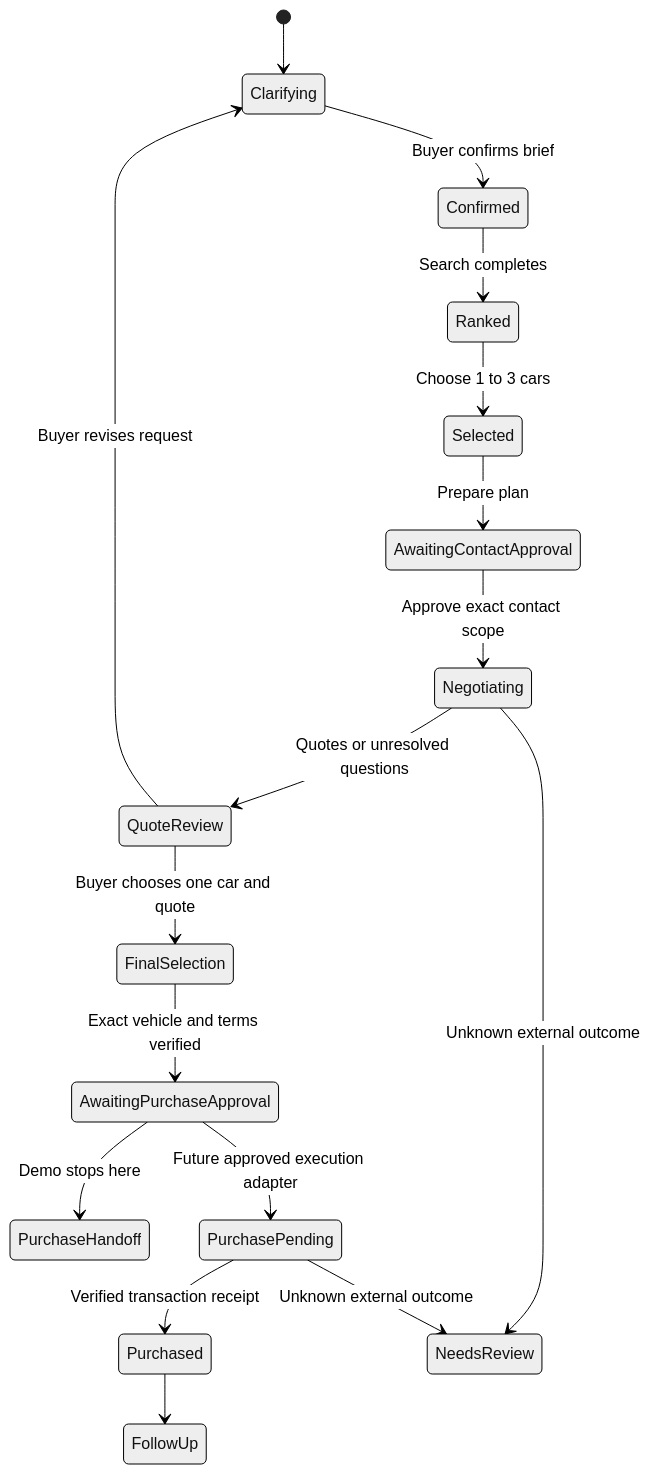
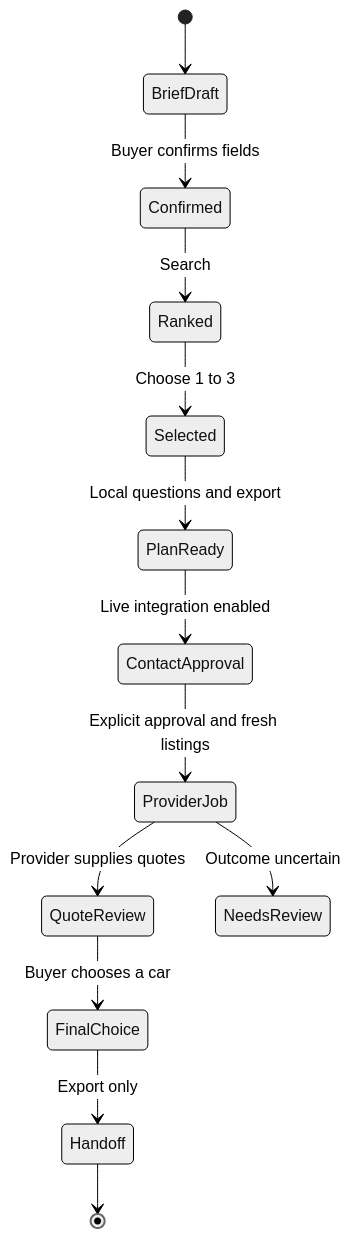
One commit to benikigai/JEVgotiator changed the second of 2 diagrams in BUILD-SPEC.md. Above: the diagram before and after it, drawn with Mermaid (neutral theme). The commit also changed other lines of this file and 36 other files, not shown here.

Commit message:
Build Tesla search dashboard with Jev ranking and integration adapters

````diff
--- a/BUILD-SPEC.md
+++ b/BUILD-SPEC.md
@@ -143,19 +130,15 @@
 ```mermaid
 stateDiagram-v2
-    [*] --> Clarifying
-    Clarifying --> Confirmed: Buyer confirms brief
-    Confirmed --> Ranked: Search completes
-    Ranked --> Selected: Choose 1 to 3 cars
-    Selected --> AwaitingContactApproval: Prepare plan
-    AwaitingContactApproval --> Negotiating: Approve exact contact scope
-    Negotiating --> QuoteReview: Quotes or unresolved questions
-    QuoteReview --> FinalSelection: Buyer chooses one car and quote
-    QuoteReview --> Clarifying: Buyer revises request
-    FinalSelection --> AwaitingPurchaseApproval: Exact vehicle and terms verified
-    AwaitingPurchaseApproval --> PurchaseHandoff: Demo stops here
-    AwaitingPurchaseApproval --> PurchasePending: Future approved execution adapter
-    PurchasePending --> Purchased: Verified transaction receipt
-    Purchased --> FollowUp
-    Negotiating --> NeedsReview: Unknown external outcome
-    PurchasePending --> NeedsReview: Unknown external outcome
+    [*] --> BriefDraft
+    BriefDraft --> Confirmed: Buyer confirms fields
+    Confirmed --> Ranked: Search
+    Ranked --> Selected: Choose 1 to 3
+    Selected --> PlanReady: Local questions and export
+    PlanReady --> ContactApproval: Live integration enabled
+    ContactApproval --> ProviderJob: Explicit approval and fresh listings
+    ProviderJob --> QuoteReview: Provider supplies quotes
+    ProviderJob --> NeedsReview: Outcome uncertain
+    QuoteReview --> FinalChoice: Buyer chooses a car
+    FinalChoice --> Handoff: Export only
+    Handoff --> [*]
 ```
````
